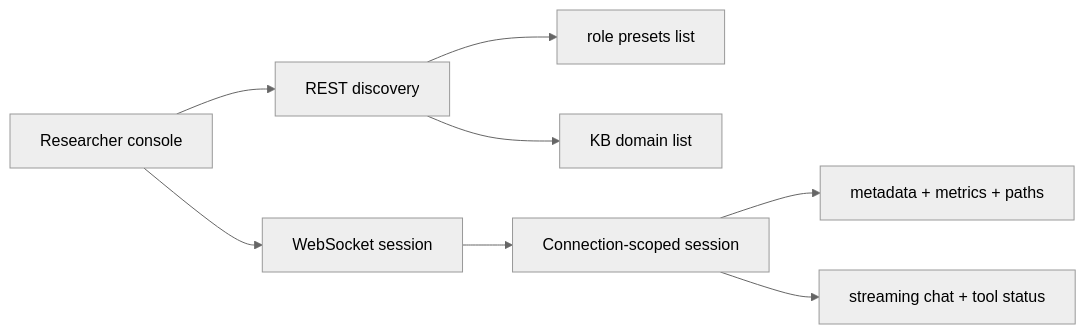
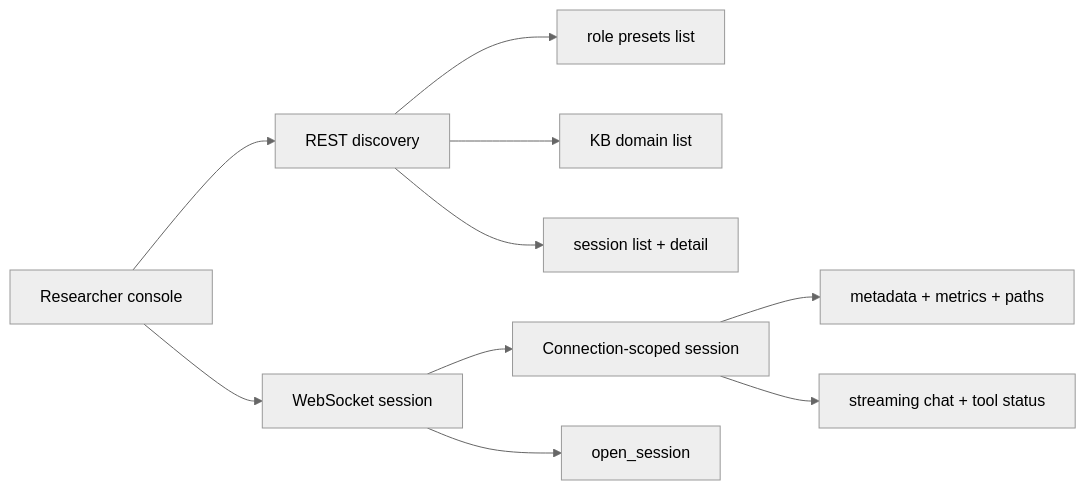
One commit to syuan-research/alt-theory changed the diagram in project/architecture/researcher-console.md. Above: the diagram before and after it, drawn with Mermaid (neutral theme). The commit also changed other lines of this file and 6 other files, not shown here.

````diff
--- a/project/architecture/researcher-console.md
+++ b/project/architecture/researcher-console.md
@@ -51,10 +51,12 @@
 ```mermaid
 flowchart LR
   Browser[Researcher console] --> REST[REST discovery]
   Browser --> WS[WebSocket session]
   REST --> RolePresets[role presets list]
   REST --> KBDomains[KB domain list]
+  REST --> SessionCatalog[session list + detail]
   WS --> Session[Connection-scoped session]
+  WS --> OpenSession[open_session]
   Session --> Inspector[metadata + metrics + paths]
   Session --> Chat[streaming chat + tool status]
 ```
````
